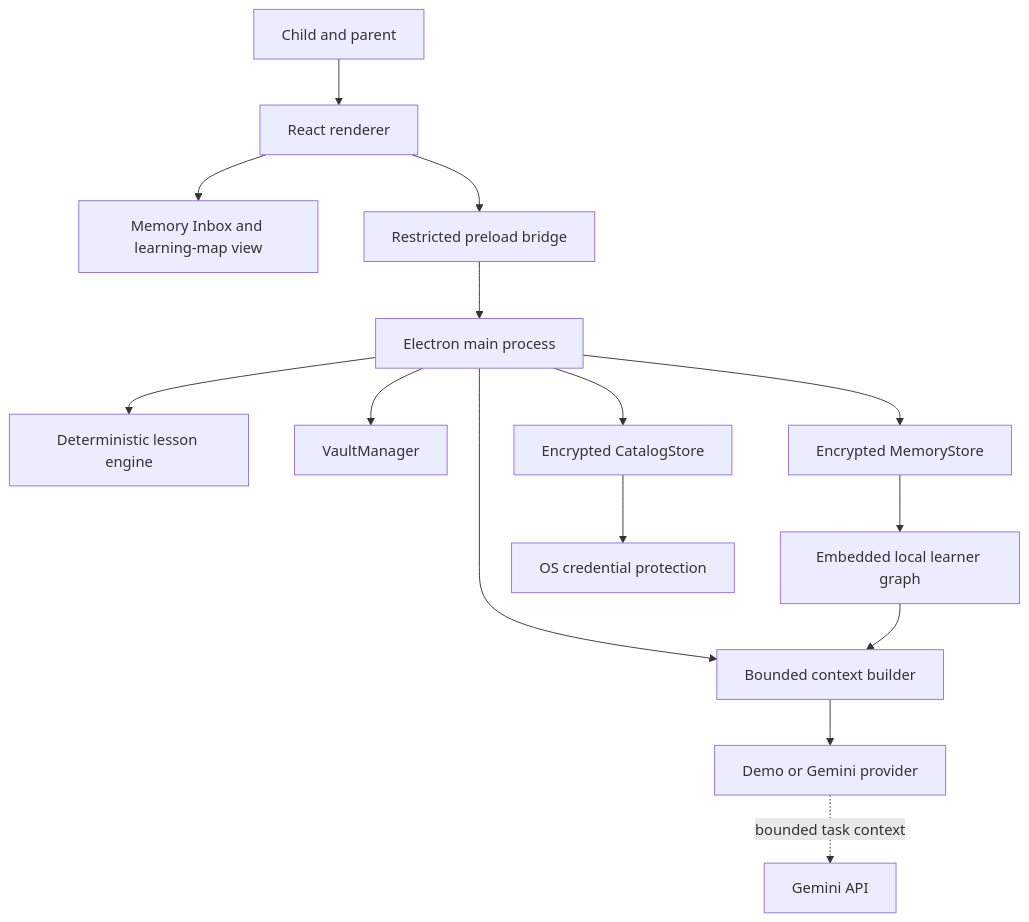
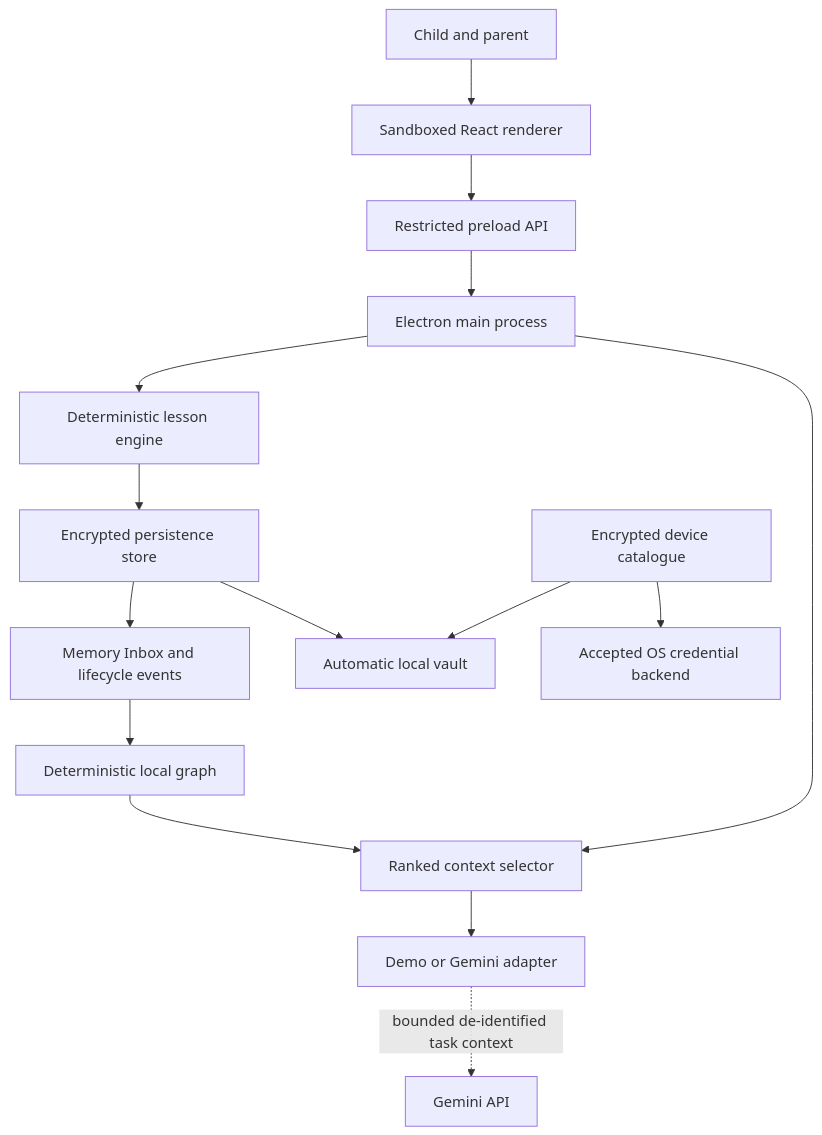
Before and after one commit to inbharatai/mindcarry: the first of 2 diagrams in docs/architecture.md, drawn with Mermaid. The commit also changed other lines of this file and 17 other files, not shown here.

````diff
--- a/docs/architecture.md
+++ b/docs/architecture.md
@@ -7,31 +7,26 @@
 ```mermaid
 flowchart TB
-    CHILD[Child and parent]
-    RENDERER[React renderer]
-    INBOXUI[Memory Inbox and learning-map view]
-    PRELOAD[Restricted preload bridge]
+    FAMILY[Child and parent]
+    RENDERER[Sandboxed React renderer]
+    PRELOAD[Restricted preload API]
     MAIN[Electron main process]
     LESSON[Deterministic lesson engine]
-    CONTEXT[Bounded context builder]
-    PROVIDER[Demo or Gemini provider]
-    VAULT[VaultManager]
-    CATALOG[Encrypted CatalogStore]
-    MEMORY[Encrypted MemoryStore]
-    GRAPH[Embedded local learner graph]
-    OS[OS credential protection]
+    STORE[Encrypted persistence store]
+    INBOX[Memory Inbox and lifecycle events]
+    GRAPH[Deterministic local graph]
+    SELECT[Ranked context selector]
+    PROVIDER[Demo or Gemini adapter]
+    VAULT[Automatic local vault]
+    CATALOG[Encrypted device catalogue]
+    OS[Accepted OS credential backend]
 
-    CHILD --> RENDERER
-    RENDERER --> INBOXUI
-    RENDERER --> PRELOAD
-    PRELOAD --> MAIN
-    MAIN --> LESSON
-    MAIN --> CONTEXT
-    CONTEXT --> PROVIDER
-    MAIN --> VAULT
-    MAIN --> CATALOG
-    MAIN --> MEMORY
-    MEMORY --> GRAPH
-    GRAPH --> CONTEXT
+    FAMILY --> RENDERER --> PRELOAD --> MAIN
+    MAIN --> LESSON --> STORE
+    STORE --> INBOX --> GRAPH --> SELECT
+    MAIN --> SELECT
+    SELECT --> PROVIDER
+    STORE --> VAULT
+    CATALOG --> VAULT
     CATALOG --> OS
-    PROVIDER -. bounded task context .-> GEMINI[Gemini API]
+    PROVIDER -. bounded de-identified task context .-> GEMINI[Gemini API]
 ```
````
